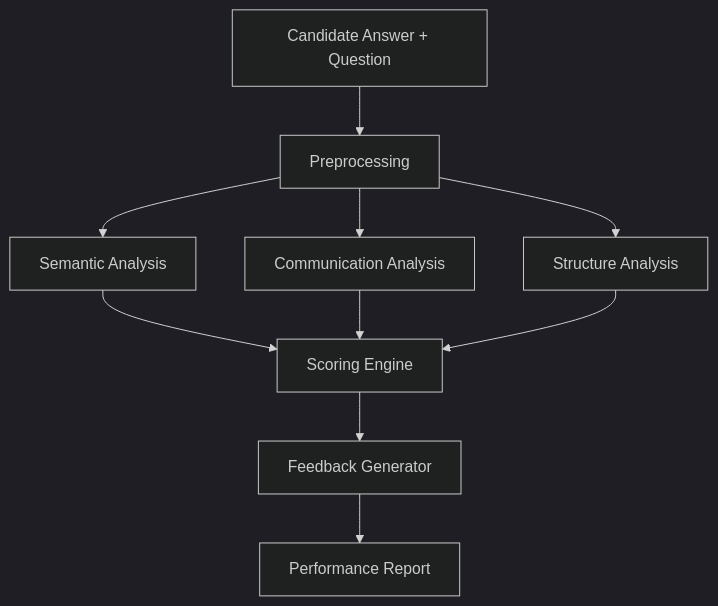
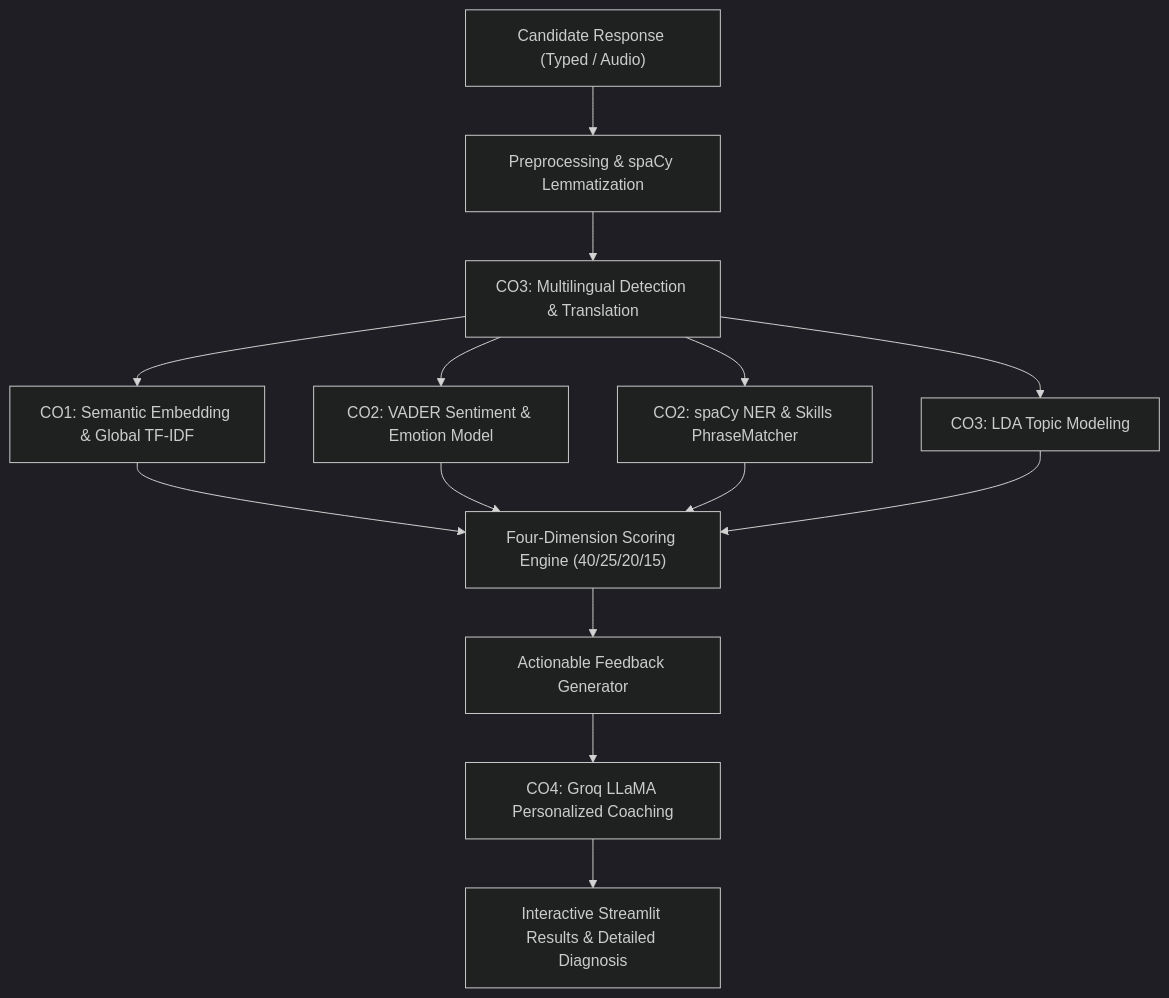
The diagram in README.md (Mitjangid7/automated-interview-performance-analyzer), drawn with Mermaid (dark theme) before and after one commit. The commit also changed other lines of this file and 32 other files, not shown here.

````diff
--- a/README.md
+++ b/README.md
@@ -56,12 +54,16 @@
 ```mermaid
 flowchart TD
-    A[Candidate Answer + Question] --> B[Preprocessing]
-    B --> C[Semantic Analysis]
-    B --> D[Communication Analysis]
-    B --> E[Structure Analysis]
-    C --> F[Scoring Engine]
-    D --> F
-    E --> F
-    F --> G[Feedback Generator]
-    G --> H[Performance Report]
+    A["Candidate Response (Typed / Audio)"] --> B["Preprocessing & spaCy Lemmatization"]
+    B --> C["CO3: Multilingual Detection & Translation"]
+    C --> D["CO1: Semantic Embedding & Global TF-IDF"]
+    C --> E["CO2: VADER Sentiment & Emotion Model"]
+    C --> F["CO2: spaCy NER & Skills PhraseMatcher"]
+    C --> G["CO3: LDA Topic Modeling"]
+    D --> H["Four-Dimension Scoring Engine (40/25/20/15)"]
+    E --> H
+    F --> H
+    G --> H
+    H --> I["Actionable Feedback Generator"]
+    I --> J["CO4: Groq LLaMA Personalized Coaching"]
+    J --> K["Interactive Streamlit Results & Detailed Diagnosis"]
 ```
````
